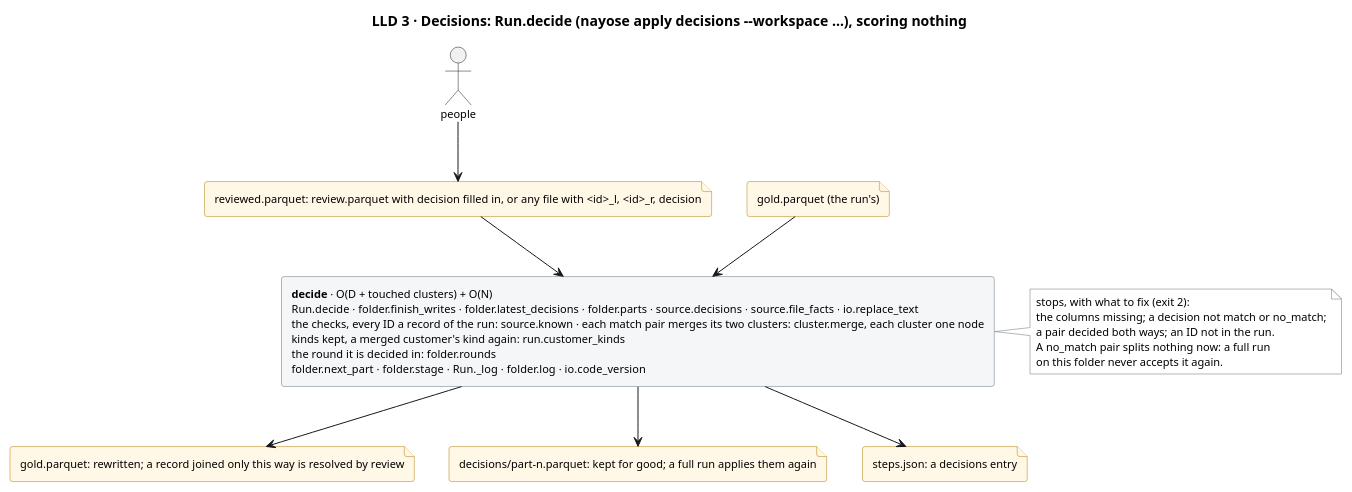
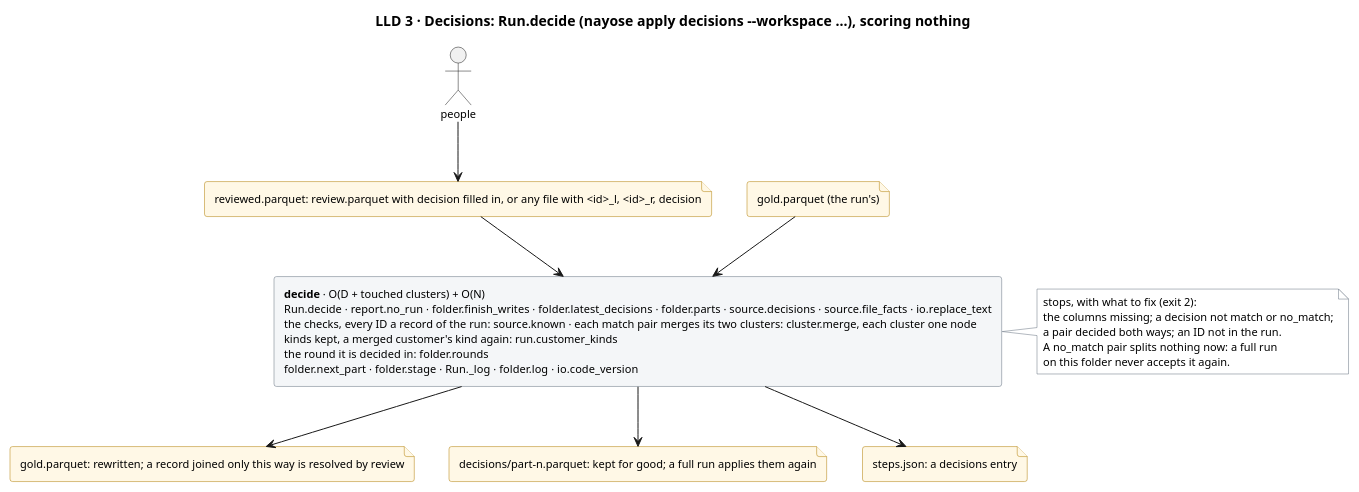
The diagram in docs/diagrams/decisions.puml (mvsbm/entity_matching), drawn with PlantUML before and after one commit. The commit also changed 16 other files, not shown here.

First line of the commit message:
One place each for the trust line's links, each key's tallies, the fields a run needs, the 30%-filled warning, running a command and a run's steps and their words; repeated strings and helpers said once

```diff
--- a/docs/diagrams/decisions.puml
+++ b/docs/diagrams/decisions.puml
@@ -1,41 +1,41 @@
 @startuml decisions
 title LLD 3 · Decisions: Run.decide (nayose apply decisions ~--workspace …), scoring nothing
 skinparam defaultFontSize 11
 skinparam rectangle {
   BackgroundColor #F4F6F8
   BorderColor #65717E
 }
 skinparam file {
   BackgroundColor #FFF8E6
   BorderColor #B07D00
 }
 skinparam note {
   BackgroundColor #FFFFFF
   BorderColor #65717E
 }
 
 actor "people" as people
 file "reviewed.parquet: review.parquet with decision filled in, or any file with <id>_l, <id>_r, decision" as f_decided
 file "gold.parquet (the run's)" as f_gold_in
 
-rectangle "<b>decide</b> · O(D + touched clusters) + O(N)\nRun.decide · folder.finish_writes · folder.latest_decisions · folder.parts · source.decisions · source.file_facts · io.replace_text\nthe checks, every ID a record of the run: source.known · each match pair merges its two clusters: cluster.merge, each cluster one node\nkinds kept, a merged customer's kind again: run.customer_kinds\nthe round it is decided in: folder.rounds\nfolder.next_part · folder.stage · Run._log · folder.log · io.code_version" as decide
+rectangle "<b>decide</b> · O(D + touched clusters) + O(N)\nRun.decide · report.no_run · folder.finish_writes · folder.latest_decisions · folder.parts · source.decisions · source.file_facts · io.replace_text\nthe checks, every ID a record of the run: source.known · each match pair merges its two clusters: cluster.merge, each cluster one node\nkinds kept, a merged customer's kind again: run.customer_kinds\nthe round it is decided in: folder.rounds\nfolder.next_part · folder.stage · Run._log · folder.log · io.code_version" as decide
 
 note right of decide
   stops, with what to fix (exit 2):
   the columns missing; a decision not match or no_match;
   a pair decided both ways; an ID not in the run.
   A no_match pair splits nothing now: a full run
   on this folder never accepts it again.
 end note
 
 file "gold.parquet: rewritten; a record joined only this way is resolved by review" as f_gold_out
 file "decisions/part-n.parquet: kept for good; a full run applies them again" as f_kept
 file "steps.json: a decisions entry" as f_steps
 
 people --> f_decided
 f_decided --> decide
 f_gold_in --> decide
 decide --> f_gold_out
 decide --> f_kept
 decide --> f_steps
 @enduml
```
